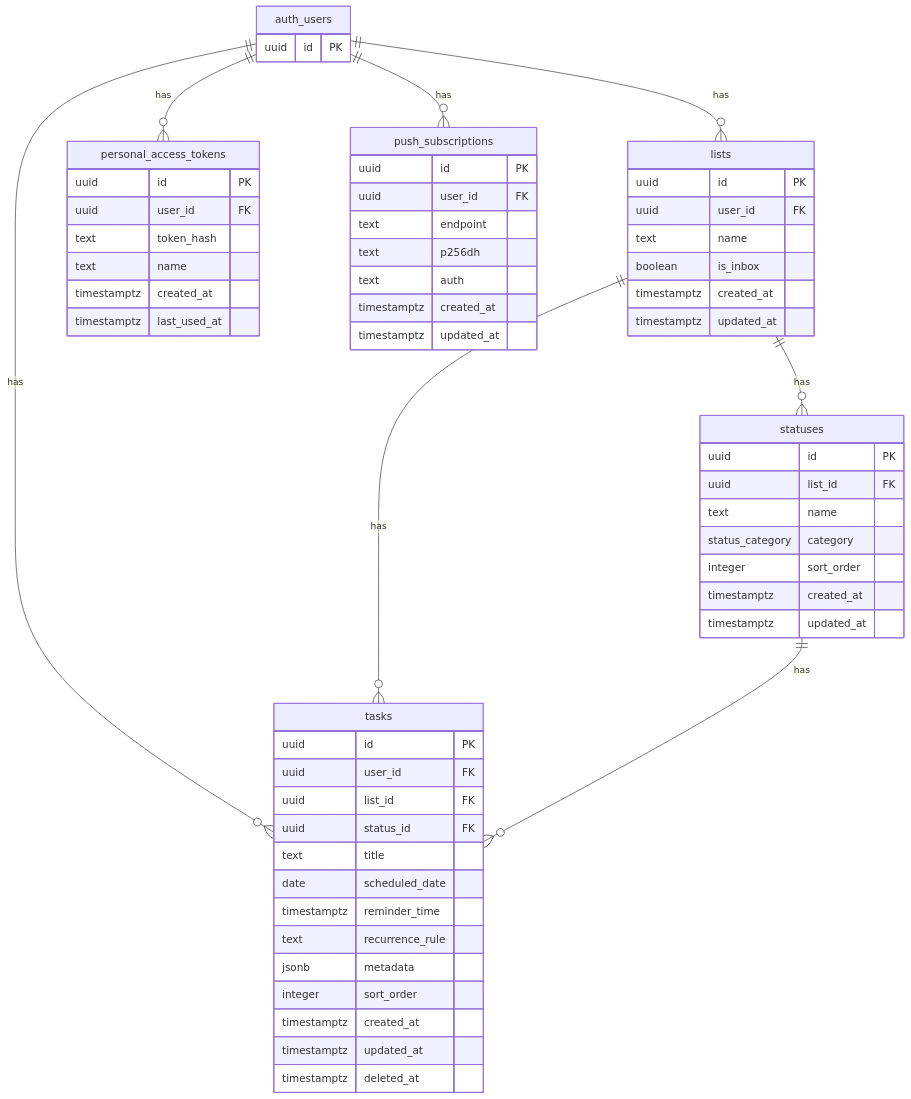
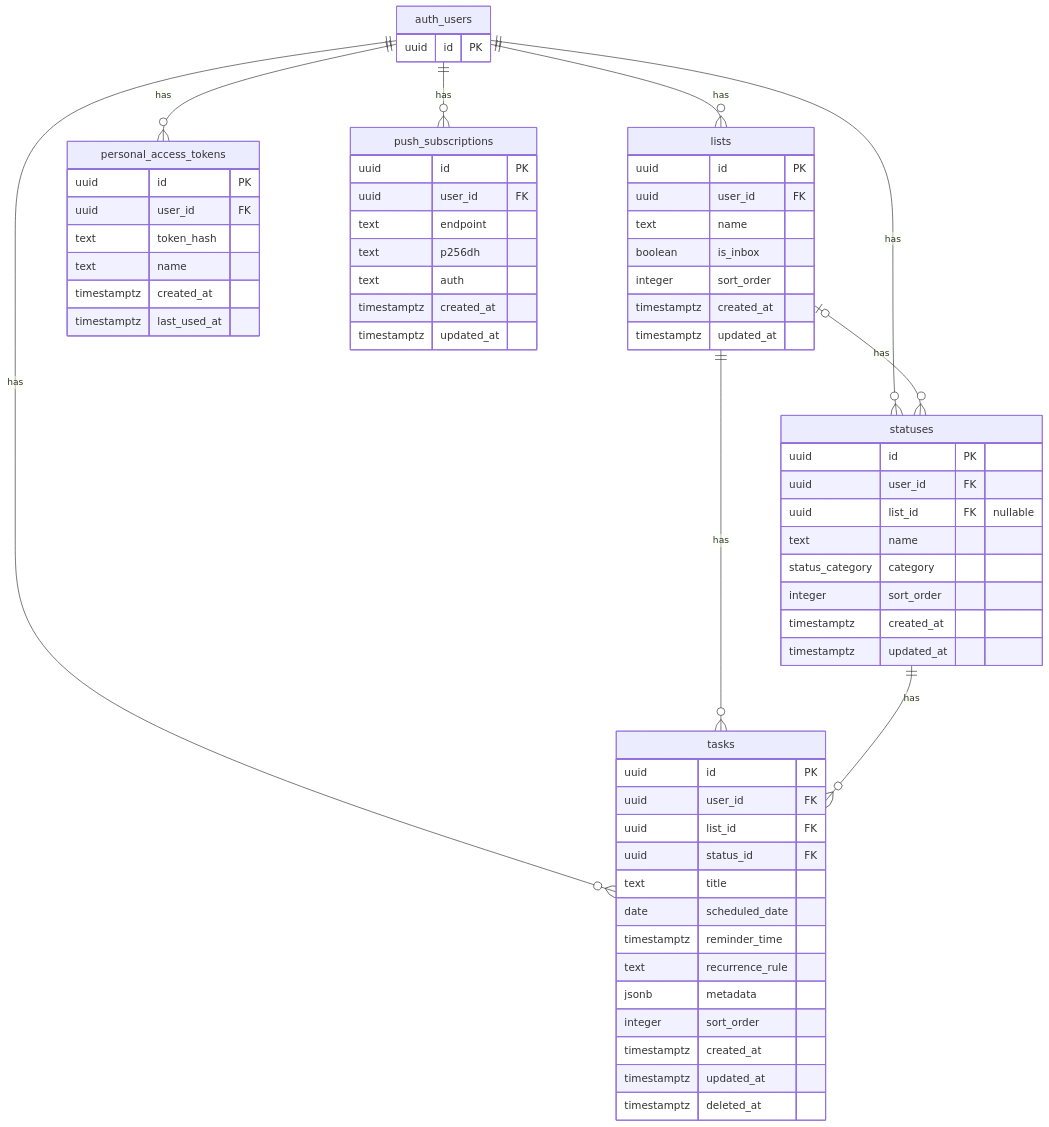
Before and after one commit to tominaga-h/Nusk: the diagram in docs/SCHEMA.md, drawn with Mermaid. The commit also changed other lines of this file and 5 other files, not shown here.

````diff
--- a/docs/SCHEMA.md
+++ b/docs/SCHEMA.md
@@ -78,70 +82,73 @@
 ```mermaid
 erDiagram
     auth_users ||--o{ lists : "has"
+    auth_users ||--o{ statuses : "has"
     auth_users ||--o{ tasks : "has"
     auth_users ||--o{ personal_access_tokens : "has"
     auth_users ||--o{ push_subscriptions : "has"
 
-    lists ||--o{ statuses : "has"
+    lists |o--o{ statuses : "has"
     lists ||--o{ tasks : "has"
 
     statuses ||--o{ tasks : "has"
 
     auth_users {
         uuid id PK
     }
 
     lists {
         uuid id PK
         uuid user_id FK
         text name
         boolean is_inbox
+        integer sort_order
         timestamptz created_at
         timestamptz updated_at
     }
 
     statuses {
         uuid id PK
-        uuid list_id FK
+        uuid user_id FK
+        uuid list_id FK "nullable"
         text name
         status_category category
         integer sort_order
         timestamptz created_at
         timestamptz updated_at
     }
 
     tasks {
         uuid id PK
         uuid user_id FK
         uuid list_id FK
         uuid status_id FK
         text title
         date scheduled_date
         timestamptz reminder_time
         text recurrence_rule
         jsonb metadata
         integer sort_order
         timestamptz created_at
         timestamptz updated_at
         timestamptz deleted_at
     }
 
     personal_access_tokens {
         uuid id PK
         uuid user_id FK
         text token_hash
         text name
         timestamptz created_at
         timestamptz last_used_at
     }
 
     push_subscriptions {
         uuid id PK
         uuid user_id FK
         text endpoint
         text p256dh
         text auth
         timestamptz created_at
         timestamptz updated_at
     }
 ```
````
